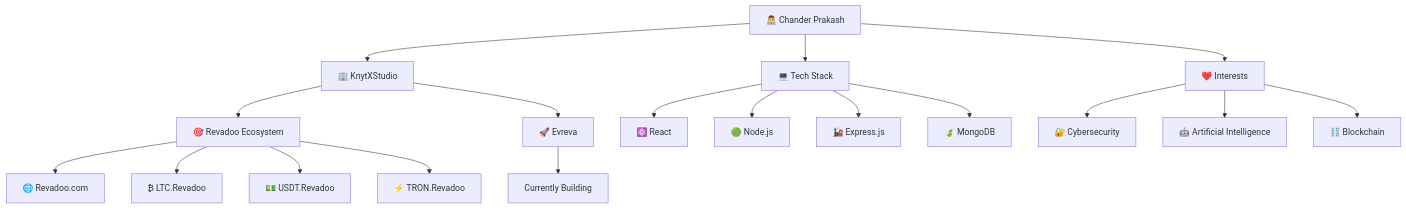
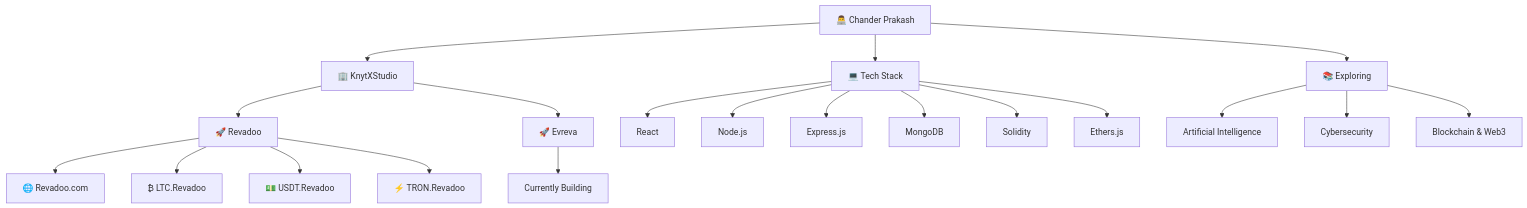
Before and after one commit to chander20256/chander20256: the diagram in README.md, drawn with Mermaid. The commit also changed other lines of this file, not shown here.

````diff
--- a/README.md
+++ b/README.md
@@ -50,30 +44,32 @@
 ```mermaid
 flowchart TD
 
     DEV["👨‍💻 Chander Prakash"]
 
     DEV --> KS["🏢 KnytXStudio"]
 
-    KS --> REV["🎯 Revadoo Ecosystem"]
+    KS --> REV["🚀 Revadoo"]
 
     REV --> MAIN["🌐 Revadoo.com"]
     REV --> LTC["₿ LTC.Revadoo"]
     REV --> USDT["💵 USDT.Revadoo"]
     REV --> TRON["⚡ TRON.Revadoo"]
 
     KS --> EV["🚀 Evreva"]
     EV --> BUILD["Currently Building"]
 
     DEV --> STACK["💻 Tech Stack"]
 
-    STACK --> REACT["⚛️ React"]
-    STACK --> NODE["🟢 Node.js"]
-    STACK --> EXPRESS["🚂 Express.js"]
-    STACK --> MONGO["🍃 MongoDB"]
+    STACK --> REACT["React"]
+    STACK --> NODE["Node.js"]
+    STACK --> EXPRESS["Express.js"]
+    STACK --> MONGO["MongoDB"]
+    STACK --> SOL["Solidity"]
+    STACK --> ETH["Ethers.js"]
 
-    DEV --> PASSION["❤️ Interests"]
+    DEV --> PASSION["📚 Exploring"]
 
-    PASSION --> CYBER["🔐 Cybersecurity"]
-    PASSION --> AI["🤖 Artificial Intelligence"]
-    PASSION --> WEB3["⛓️ Blockchain"]
+    PASSION --> AI["Artificial Intelligence"]
+    PASSION --> CYBER["Cybersecurity"]
+    PASSION --> WEB3["Blockchain & Web3"]
 ```
````
